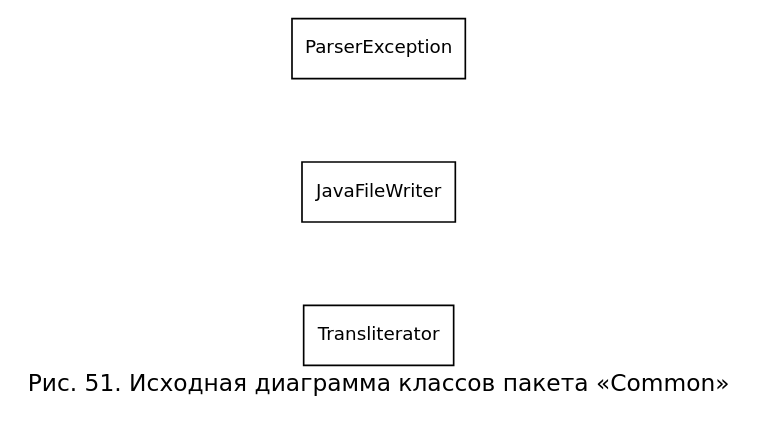
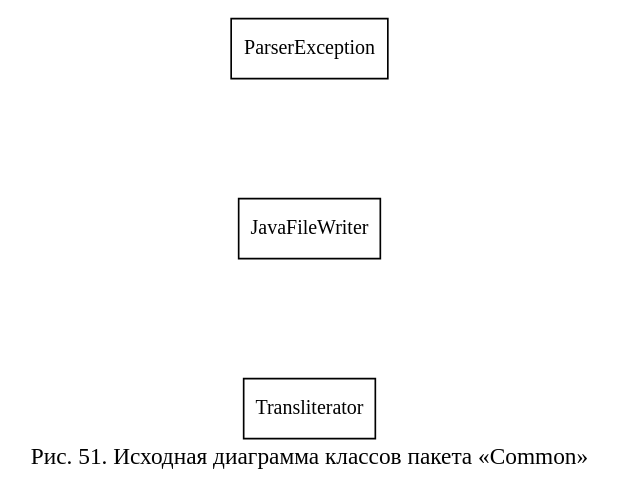
Before and after one commit to nastolbov/AutoTestGeneratorUpdate: the diagram in diagrams/cls_common_initial.dot, drawn with Graphviz. The commit also changed 47 other files, not shown here.

First line of the commit message:
diagrams: Liberation Serif (как Times New Roman), фикс множественности

```diff
--- a/diagrams/cls_common_initial.dot
+++ b/diagrams/cls_common_initial.dot
@@ -1,12 +1,10 @@
 digraph CII {
-    rankdir=LR; fontname="DejaVu Sans"; fontsize=14;
+    rankdir=LR; fontname="Liberation Serif"; fontsize=14;
     label="Рис. 51. Исходная диаграмма классов пакета «Common»"; labelloc=b;
-    nodesep=0.7;
-    node [fontname="DejaVu Sans", fontsize=11, shape=box, style=filled, fillcolor=white];
+    nodesep=1.0;
+    node [fontname="Liberation Serif", fontsize=12, shape=box, style=filled, fillcolor=white];
 
     T  [label="Transliterator"];
     JW [label="JavaFileWriter"];
     PE [label="ParserException"];
-
-    // Между собой не связаны — листовой пакет утилит
 }
```
